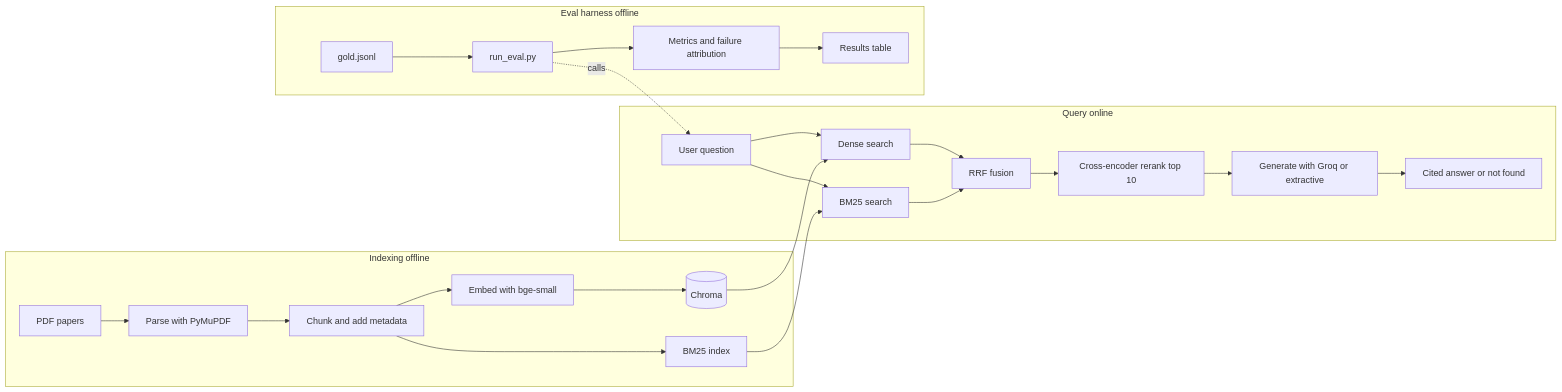
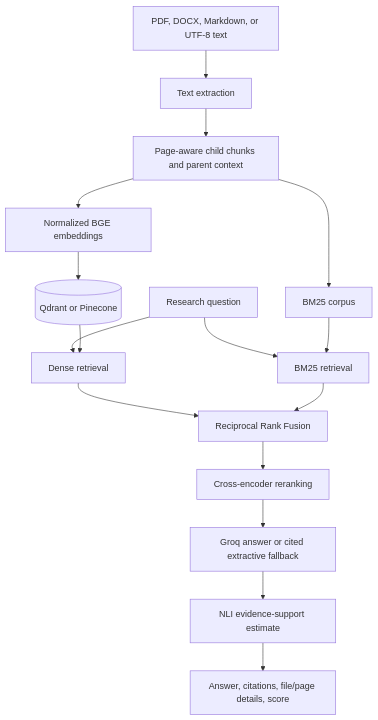
The diagram in rag_hybrid/sprintandarchitecture.md (Krishna081207/Production-rag-with-evaluation-harness), drawn with Mermaid before and after one commit. The commit also changed other lines of this file and 37 other files, not shown here.

````diff
--- a/rag_hybrid/sprintandarchitecture.md
+++ b/rag_hybrid/sprintandarchitecture.md
@@ -63,27 +11,18 @@
 ```mermaid
-flowchart LR
-  subgraph Offline[Indexing offline]
-    A[PDF papers] --> B[Parse with PyMuPDF]
-    B --> C[Chunk and add metadata]
-    C --> D[Embed with bge-small]
-    C --> E[BM25 index]
-    D --> F[(Chroma)]
-  end
-  subgraph Online[Query online]
-    Q[User question] --> R1[Dense search]
-    Q --> R2[BM25 search]
-    R1 --> X[RRF fusion]
-    R2 --> X
-    X --> RR[Cross-encoder rerank top 10]
-    RR --> G[Generate with Groq or extractive]
-    G --> ANS[Cited answer or not found]
-  end
-  F --> R1
-  E --> R2
-  subgraph Eval[Eval harness offline]
-    GS[gold.jsonl] --> RUN[run_eval.py]
-    RUN --> M[Metrics and failure attribution]
-    M --> T[Results table]
-  end
-  RUN -. calls .-> Q
+flowchart TD
+  UP[PDF, DOCX, Markdown, or UTF-8 text] --> EX[Text extraction]
+  EX --> CH[Page-aware child chunks and parent context]
+  CH --> D[Normalized BGE embeddings]
+  CH --> S[BM25 corpus]
+  D --> V[(Qdrant or Pinecone)]
+  Q[Research question] --> DS[Dense retrieval]
+  Q --> BS[BM25 retrieval]
+  V --> DS
+  S --> BS
+  DS --> RF[Reciprocal Rank Fusion]
+  BS --> RF
+  RF --> CE[Cross-encoder reranking]
+  CE --> GEN[Groq answer or cited extractive fallback]
+  GEN --> NLI[NLI evidence-support estimate]
+  NLI --> OUT[Answer, citations, file/page details, score]
 ```
````
